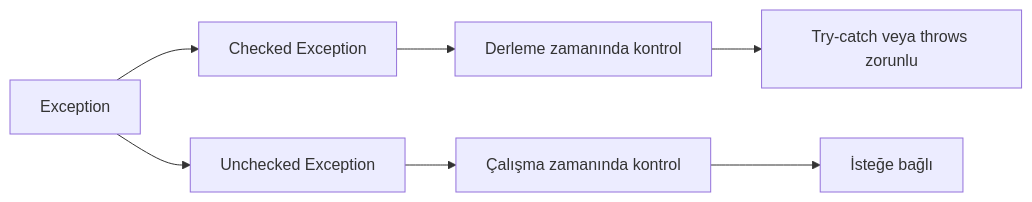
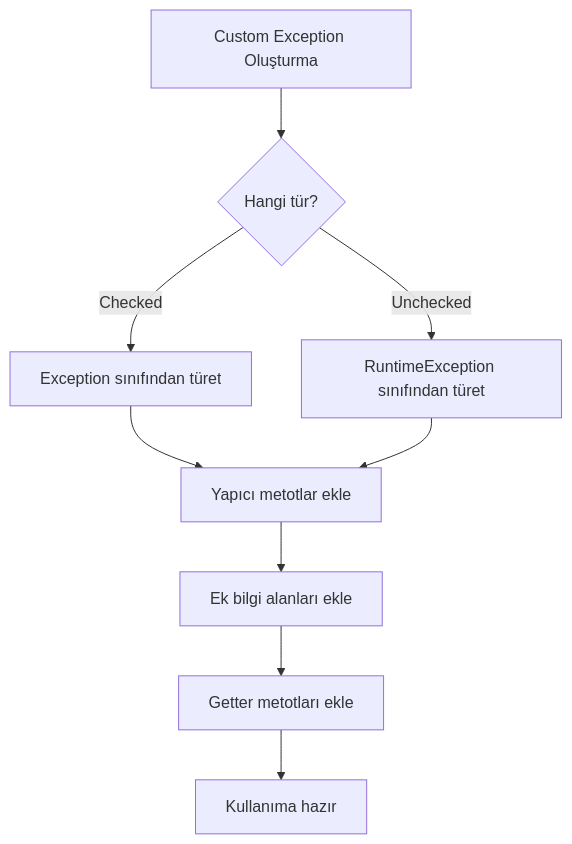
Before and after one commit to bmdersleri/bookMaker: the fourth of 5 diagrams in chapters/bolum-15/draft_versions/v001.md, drawn with Mermaid. The commit also changed other lines of this file and 31 other files, not shown here.

````diff
--- a/chapters/bolum-15/draft_versions/v001.md
+++ b/chapters/bolum-15/draft_versions/v001.md
@@ -213,9 +441,13 @@
 ```mermaid
-flowchart LR
-    A[Exception] --> B[Checked Exception]
-    A --> C[Unchecked Exception]
-    B --> D[Derleme zamanında kontrol]
-    C --> E[Çalışma zamanında kontrol]
-    D --> F[Try-catch veya throws zorunlu]
-    E --> G[İsteğe bağlı]
+flowchart TD
+    A[Custom Exception Oluşturma] --> B{Hangi tür?}
+    B -->|Checked| C[Exception sınıfından türet]
+    B -->|Unchecked| D[RuntimeException sınıfından türet]
+    
+    C --> E[Yapıcı metotlar ekle]
+    D --> E
+    
+    E --> F[Ek bilgi alanları ekle]
+    F --> G[Getter metotları ekle]
+    G --> H[Kullanıma hazır]
 ```
````
